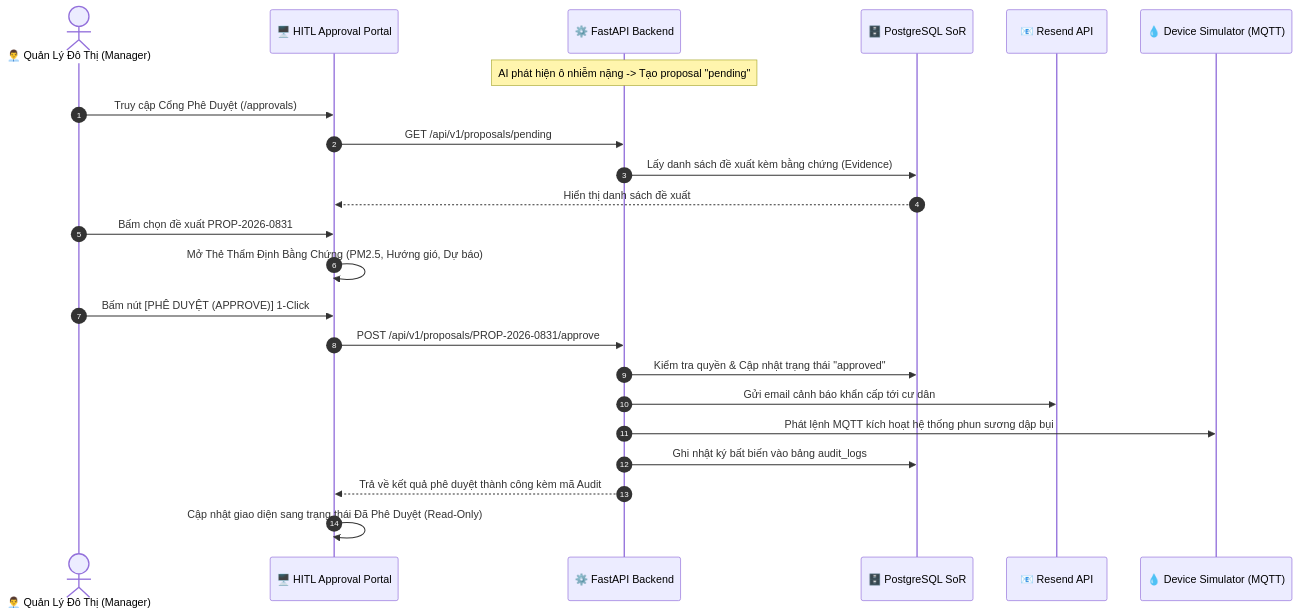
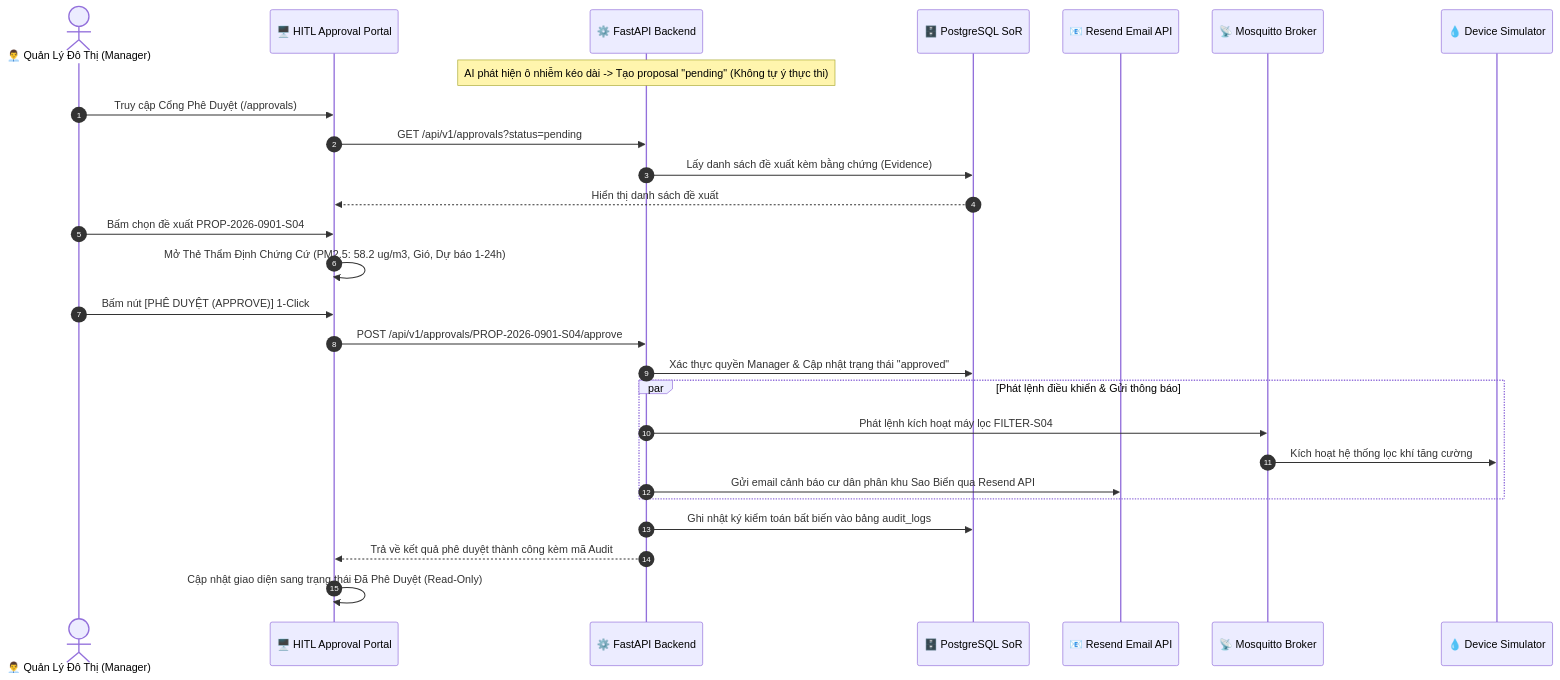
One commit to zangzang1303/airguard-core changed the sixth of 7 diagrams in docs/SRS.md. Above: the diagram before and after it, drawn with Mermaid. The commit also changed other lines of this file and 2 other files, not shown here.

Commit message:
docs(srs): align Section 6 (UI/UX design, 6 user flows, 7 mockups) and Section 9 (RTM) with 2-role Use Case Diagram

````diff
--- a/docs/SRS.md
+++ b/docs/SRS.md
@@ -743,26 +799,30 @@
 ```mermaid
 sequenceDiagram
     autonumber
     actor Manager as 👨‍💼 Quản Lý Đô Thị (Manager)
     participant UI as 🖥️ HITL Approval Portal
     participant API as ⚙️ FastAPI Backend
     participant DB as 🗄️ PostgreSQL SoR
-    participant Email as 📧 Resend API
-    participant Device as 💧 Device Simulator (MQTT)
+    participant Email as 📧 Resend Email API
+    participant MQTT as 📡 Mosquitto Broker
+    participant Device as 💧 Device Simulator
 
-    Note over API: AI phát hiện ô nhiễm nặng -> Tạo proposal "pending"
+    Note over API: AI phát hiện ô nhiễm kéo dài -> Tạo proposal "pending" (Không tự ý thực thi)
     Manager->>UI: Truy cập Cổng Phê Duyệt (/approvals)
-    UI->>API: GET /api/v1/proposals/pending
+    UI->>API: GET /api/v1/approvals?status=pending
     API->>DB: Lấy danh sách đề xuất kèm bằng chứng (Evidence)
     DB-->>UI: Hiển thị danh sách đề xuất
-    Manager->>UI: Bấm chọn đề xuất PROP-2026-0831
-    UI->>UI: Mở Thẻ Thẩm Định Bằng Chứng (PM2.5, Hướng gió, Dự báo)
+    Manager->>UI: Bấm chọn đề xuất PROP-2026-0901-S04
+    UI->>UI: Mở Thẻ Thẩm Định Chứng Cứ (PM2.5: 58.2 ug/m3, Gió, Dự báo 1-24h)
     Manager->>UI: Bấm nút [PHÊ DUYỆT (APPROVE)] 1-Click
-    UI->>API: POST /api/v1/proposals/PROP-2026-0831/approve
-    API->>DB: Kiểm tra quyền & Cập nhật trạng thái "approved"
-    API->>Email: Gửi email cảnh báo khẩn cấp tới cư dân
-    API->>Device: Phát lệnh MQTT kích hoạt hệ thống phun sương dập bụi
-    API->>DB: Ghi nhật ký bất biến vào bảng audit_logs
+    UI->>API: POST /api/v1/approvals/PROP-2026-0901-S04/approve
+    API->>DB: Xác thực quyền Manager & Cập nhật trạng thái "approved"
+    par Phát lệnh điều khiển & Gửi thông báo
+        API->>MQTT: Phát lệnh kích hoạt máy lọc FILTER-S04
+        MQTT->>Device: Kích hoạt hệ thống lọc khí tăng cường
+        API->>Email: Gửi email cảnh báo cư dân phân khu Sao Biển qua Resend API
+    end
+    API->>DB: Ghi nhật ký kiểm toán bất biến vào bảng audit_logs
     API-->>UI: Trả về kết quả phê duyệt thành công kèm mã Audit
     UI->>UI: Cập nhật giao diện sang trạng thái Đã Phê Duyệt (Read-Only)
 ```
````
